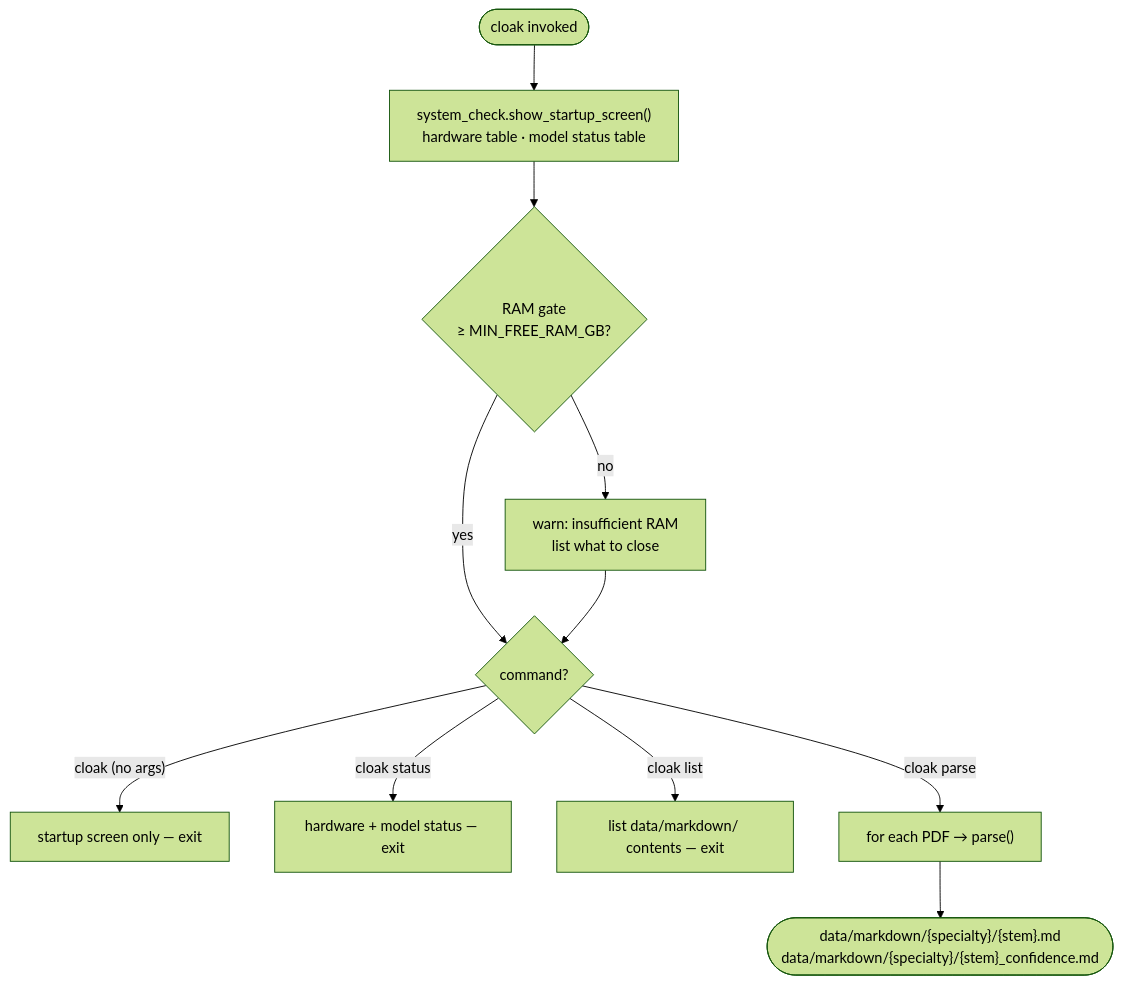
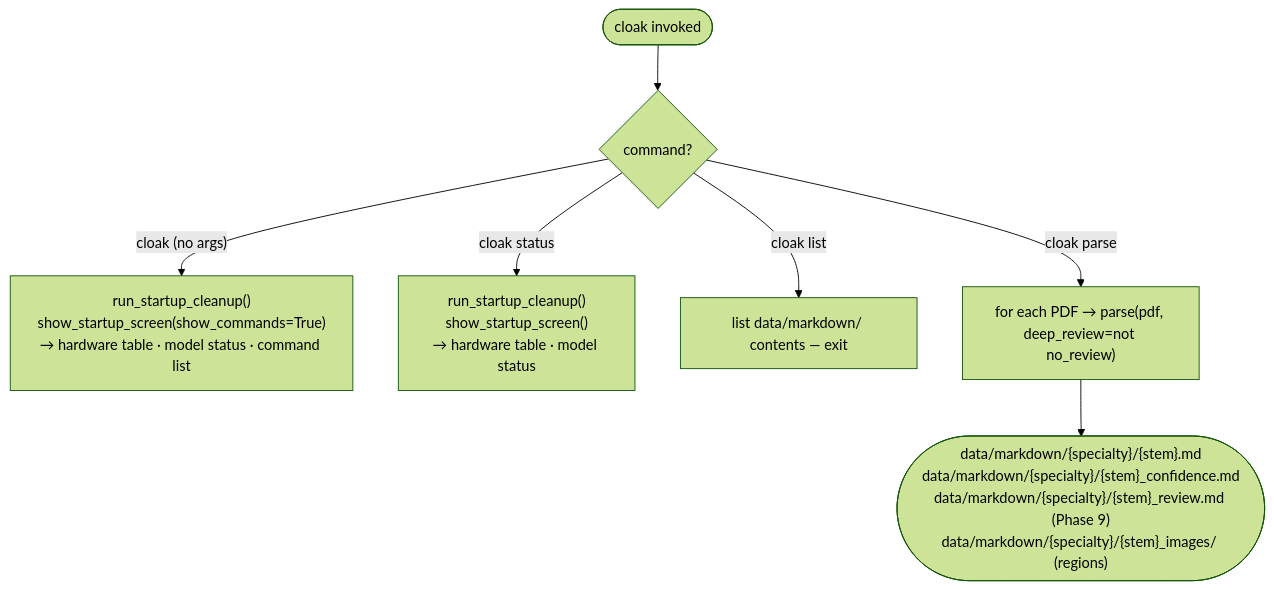
Before and after one commit to prashanth-ds-ml/cloak: the first of 6 diagrams in docs/ARCHITECTURE.md, drawn with Mermaid (forest theme). The commit also changed other lines of this file and 11 other files, not shown here.

````diff
--- a/docs/ARCHITECTURE.md
+++ b/docs/ARCHITECTURE.md
@@ -16,14 +18,10 @@
 ```mermaid
 flowchart TD
-    A([cloak invoked]) --> B["system_check.show_startup_screen()\nhardware table · model status table"]
-    B --> C{"RAM gate\n≥ MIN_FREE_RAM_GB?"}
-    C -->|no| D["warn: insufficient RAM\nlist what to close"]
-    C -->|yes| E{command?}
-    D --> E
+    A([cloak invoked]) --> B{command?}
 
-    E -->|"cloak (no args)"| F["startup screen only — exit"]
-    E -->|"cloak status"| G["hardware + model status — exit"]
-    E -->|"cloak list"| H["list data/markdown/ contents — exit"]
-    E -->|"cloak parse <pdf|dir>"| I["for each PDF → parse()"]
-    I --> J(["data/markdown/{specialty}/{stem}.md\ndata/markdown/{specialty}/{stem}_confidence.md"])
+    B -->|"cloak (no args)"| C["run_startup_cleanup()\nshow_startup_screen(show_commands=True)\n→ hardware table · model status · command list"]
+    B -->|"cloak status"| D["run_startup_cleanup()\nshow_startup_screen()\n→ hardware table · model status"]
+    B -->|"cloak list"| E["list data/markdown/ contents — exit"]
+    B -->|"cloak parse <pdf|dir>"| F["for each PDF → parse(pdf, deep_review=not no_review)"]
+    F --> G(["data/markdown/{specialty}/{stem}.md\ndata/markdown/{specialty}/{stem}_confidence.md\ndata/markdown/{specialty}/{stem}_review.md (Phase 9)\ndata/markdown/{specialty}/{stem}_images/ (regions)"])
 ```
````
